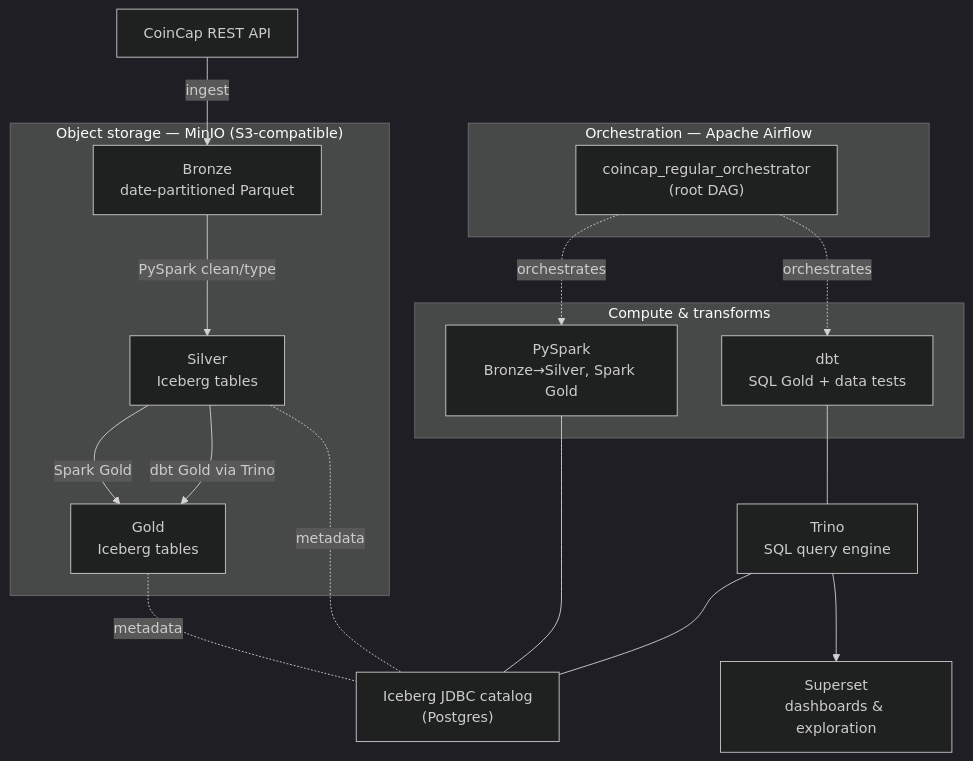
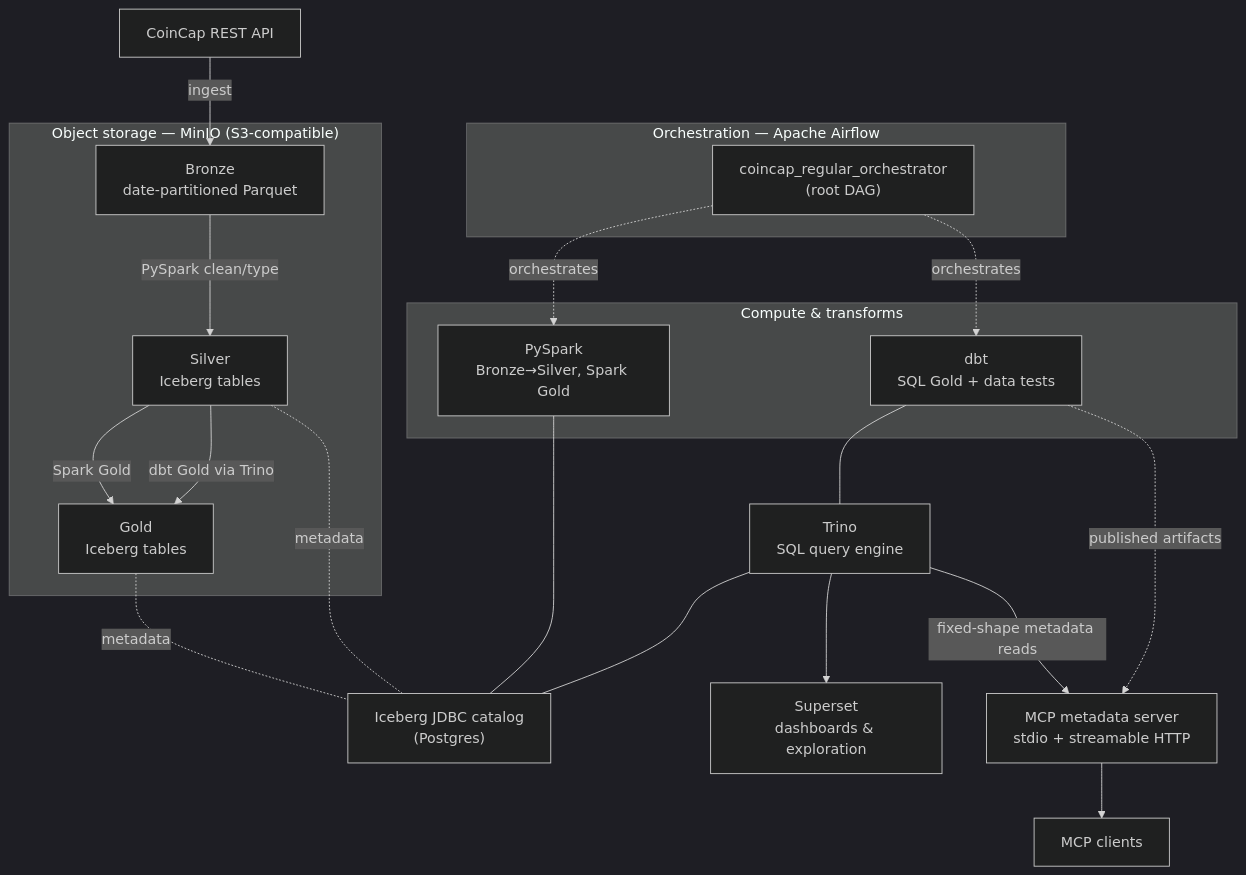
The diagram in README.md (gekaluck/Data_eng_mvp), drawn with Mermaid (dark theme) before and after one commit. The commit also changed other lines of this file and 13 other files, not shown here.

Commit message:
Add MCP metadata transports

````diff
--- a/README.md
+++ b/README.md
@@ -22,37 +23,42 @@
 ```mermaid
 flowchart TB
     API["CoinCap REST API"]
 
     subgraph ORCH["Orchestration — Apache Airflow"]
         ROOT["coincap_regular_orchestrator<br/>(root DAG)"]
     end
 
     subgraph STORAGE["Object storage — MinIO (S3-compatible)"]
         BRONZE["Bronze<br/>date-partitioned Parquet"]
         SILVER["Silver<br/>Iceberg tables"]
         GOLD["Gold<br/>Iceberg tables"]
     end
 
     CATALOG["Iceberg JDBC catalog<br/>(Postgres)"]
 
     subgraph COMPUTE["Compute & transforms"]
         SPARK["PySpark<br/>Bronze→Silver, Spark Gold"]
         DBT["dbt<br/>SQL Gold + data tests"]
     end
 
     TRINO["Trino<br/>SQL query engine"]
     SUPERSET["Superset<br/>dashboards & exploration"]
+    MCP["MCP metadata server<br/>stdio + streamable HTTP"]
+    MCPCLIENT["MCP clients"]
 
     API -->|ingest| BRONZE
     ROOT -.orchestrates.-> SPARK
     ROOT -.orchestrates.-> DBT
     BRONZE -->|PySpark clean/type| SILVER
     SILVER -->|Spark Gold| GOLD
     SILVER -->|dbt Gold via Trino| GOLD
     SPARK --- CATALOG
     DBT --- TRINO
     TRINO --- CATALOG
     TRINO --> SUPERSET
+    TRINO -->|fixed-shape metadata reads| MCP
+    DBT -.published artifacts.-> MCP
+    MCP --> MCPCLIENT
     SILVER -.metadata.- CATALOG
     GOLD -.metadata.- CATALOG
 ```
````
